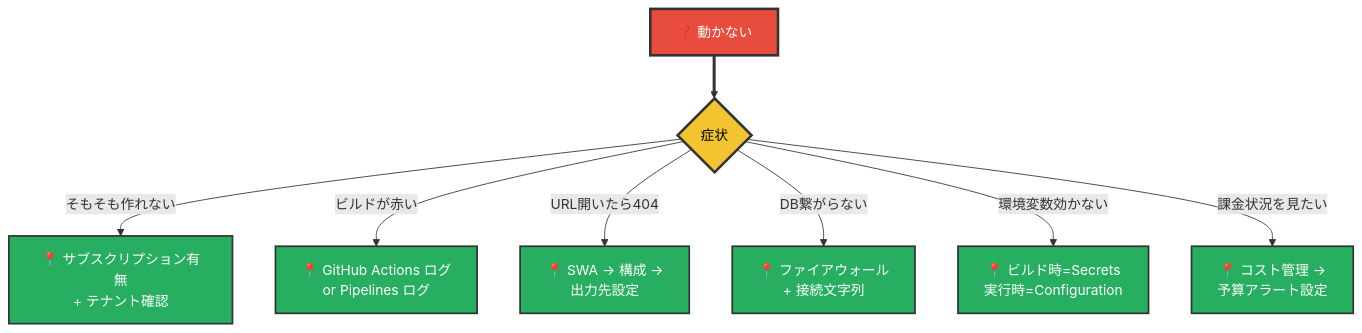
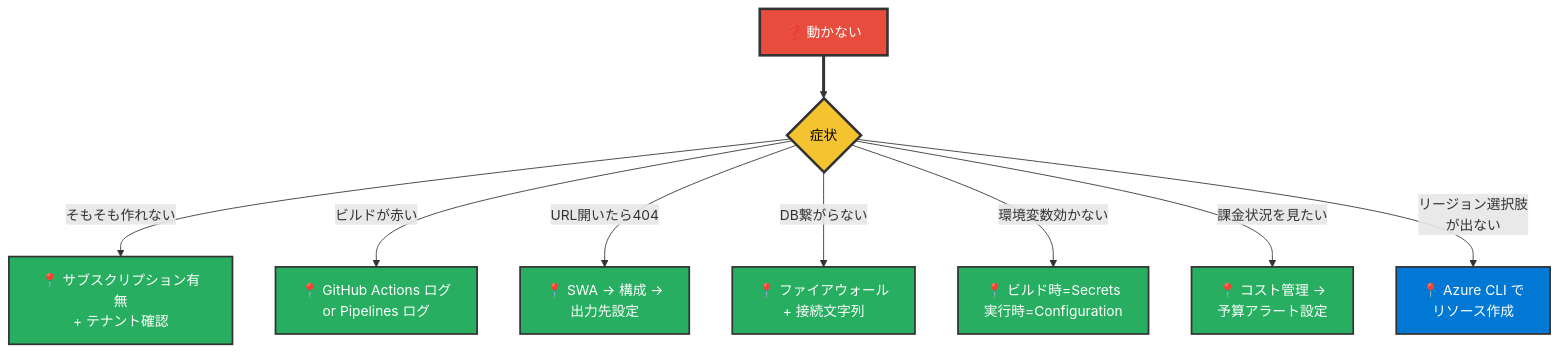
Before and after one commit to kasuyaofcb/tech_docs: diagram 20 of 22 in azure/setup.md, drawn with Mermaid. The commit also changed other lines of this file and 1 other file, not shown here.

First line of the commit message:
docs(azure): setup.mdに§3-W Cosmos DBとPortal詰まり対策の付録を追加

````diff
--- a/azure/setup.md
+++ b/azure/setup.md
@@ -609,20 +682,22 @@
 ```mermaid
 flowchart TB
     P["❓ 動かない"] ==> Q{"症状"}
 
     Q -->|"そもそも作れない"| A1["📍 サブスクリプション有無<br/>+ テナント確認"]
     Q -->|"ビルドが赤い"| A2["📍 GitHub Actions ログ<br/>or Pipelines ログ"]
     Q -->|"URL開いたら404"| A3["📍 SWA → 構成 →<br/>出力先設定"]
     Q -->|"DB繋がらない"| A4["📍 ファイアウォール<br/>+ 接続文字列"]
     Q -->|"環境変数効かない"| A5["📍 ビルド時=Secrets<br/>実行時=Configuration"]
     Q -->|"課金状況を見たい"| A6["📍 コスト管理 →<br/>予算アラート設定"]
+    Q -->|"リージョン選択肢<br/>が出ない"| A7["📍 Azure CLI で<br/>リソース作成"]
 
     style P fill:#E74C3C,color:#FFFFFF,stroke:#333,stroke-width:3px
     style Q fill:#F4C430,color:#000,stroke:#333,stroke-width:3px
     style A1 fill:#27AE60,color:#FFFFFF,stroke:#333,stroke-width:2px
     style A2 fill:#27AE60,color:#FFFFFF,stroke:#333,stroke-width:2px
     style A3 fill:#27AE60,color:#FFFFFF,stroke:#333,stroke-width:2px
     style A4 fill:#27AE60,color:#FFFFFF,stroke:#333,stroke-width:2px
     style A5 fill:#27AE60,color:#FFFFFF,stroke:#333,stroke-width:2px
     style A6 fill:#27AE60,color:#FFFFFF,stroke:#333,stroke-width:2px
+    style A7 fill:#0078D4,color:#FFFFFF,stroke:#333,stroke-width:2px
 ```
````
